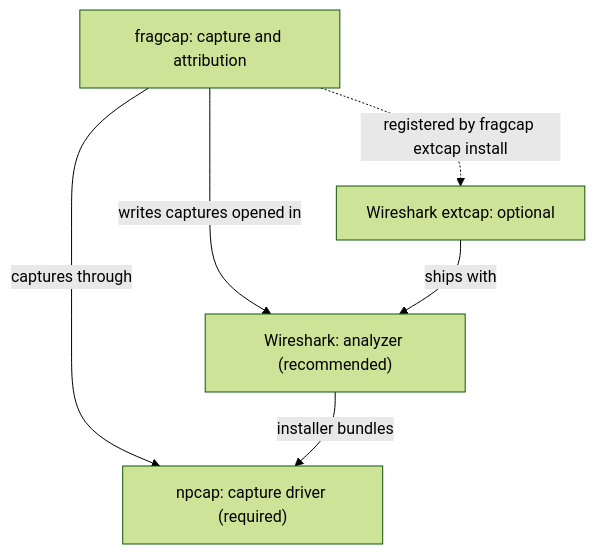
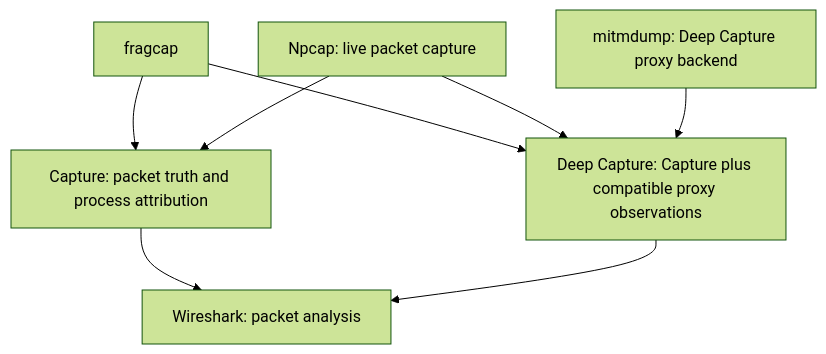
Before and after one commit to h8rt3rmin8r/fragcap: the diagram in site/content/docs/getting-started.mdx, drawn with Mermaid (forest theme). The commit also changed other lines of this file and 10 other files, not shown here.

````diff
--- a/site/content/docs/getting-started.mdx
+++ b/site/content/docs/getting-started.mdx
@@ -17,12 +16,16 @@
 ```mermaid
 flowchart TD
-  fragcap["fragcap: capture and attribution"]
-  npcap["npcap: capture driver (required)"]
-  ws["Wireshark: analyzer (recommended)"]
-  extcap["Wireshark extcap: optional"]
-  fragcap -->|captures through| npcap
-  fragcap -->|writes captures opened in| ws
-  ws -->|installer bundles| npcap
-  extcap -->|ships with| ws
-  fragcap -.->|registered by fragcap extcap install| extcap
+  fragcap["fragcap"]
+  npcap["Npcap: live packet capture"]
+  wireshark["Wireshark: packet analysis"]
+  mitmdump["mitmdump: Deep Capture proxy backend"]
+  capture["Capture: packet truth and process attribution"]
+  deep["Deep Capture: Capture plus compatible proxy observations"]
+  fragcap --> capture
+  fragcap --> deep
+  npcap --> capture
+  npcap --> deep
+  mitmdump --> deep
+  capture --> wireshark
+  deep --> wireshark
 ```
````
